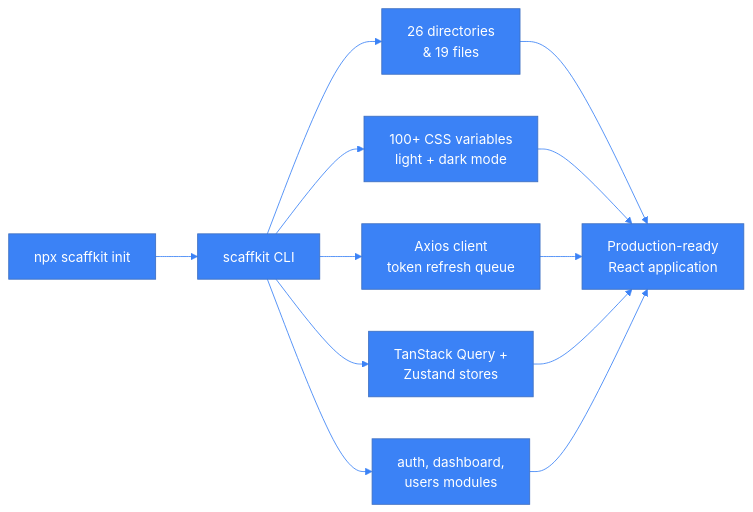
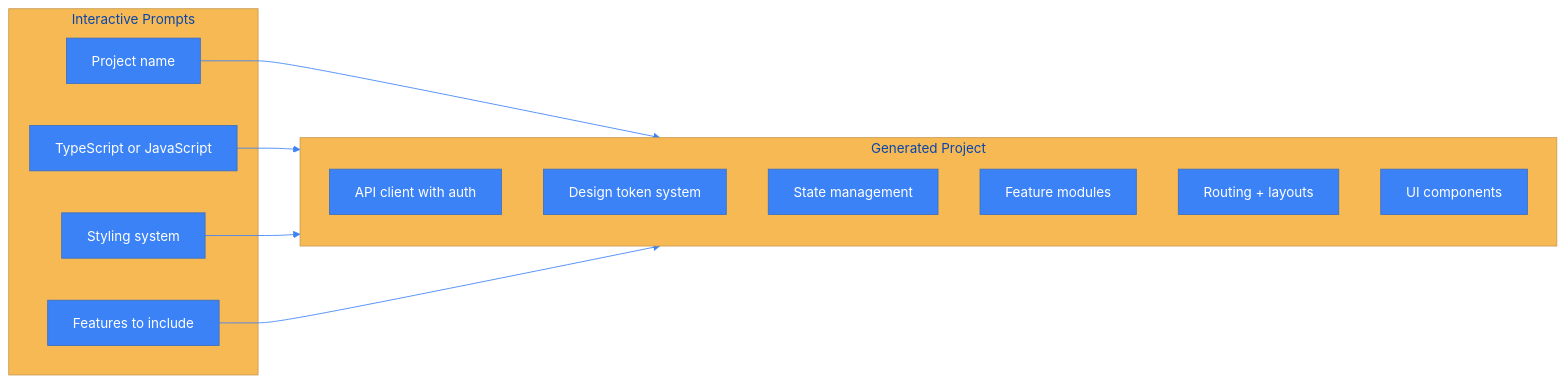
Before and after one commit to Saksham21s/scaffkit: the first of 3 diagrams in README.md, drawn with Mermaid. The commit also changed other lines of this file and 20 other files, not shown here.

````diff
--- a/README.md
+++ b/README.md
@@ -9,15 +10,24 @@
 ```mermaid
 %%{init: {'theme': 'base', 'themeVariables': { 'primaryColor': '#3b82f6', 'primaryTextColor': '#ffffff', 'lineColor': '#3b82f6'}}}%%
 graph LR
-    Terminal["npx scaffkit init"] --> Generator["scaffkit CLI"]
-    Generator --> Structure["26 directories<br/>& 19 files"]
-    Generator --> Tokens["100+ CSS variables<br/>light + dark mode"]
-    Generator --> API["Axios client<br/>token refresh queue"]
-    Generator --> State["TanStack Query +<br/>Zustand stores"]
-    Generator --> Features["auth, dashboard,<br/>users modules"]
-    Structure --> App["Production-ready<br/>React application"]
-    Tokens --> App
-    API --> App
-    State --> App
-    Features --> App
+    subgraph Input["Interactive Prompts"]
+        P1["Project name"]
+        P2["TypeScript or JavaScript"]
+        P3["Styling system"]
+        P4["Features to include"]
+    end
+    
+    subgraph Output["Generated Project"]
+        O1["API client with auth"]
+        O2["Design token system"]
+        O3["State management"]
+        O4["Feature modules"]
+        O5["Routing + layouts"]
+        O6["UI components"]
+    end
+    
+    P1 --> Output
+    P2 --> Output
+    P3 --> Output
+    P4 --> Output
 ```
````
